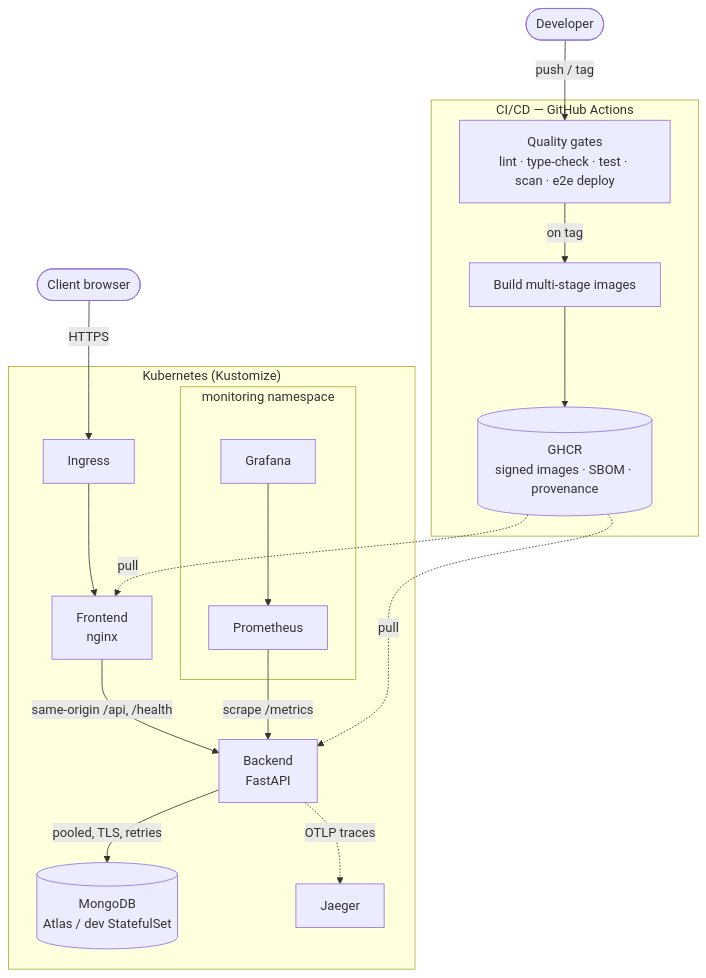
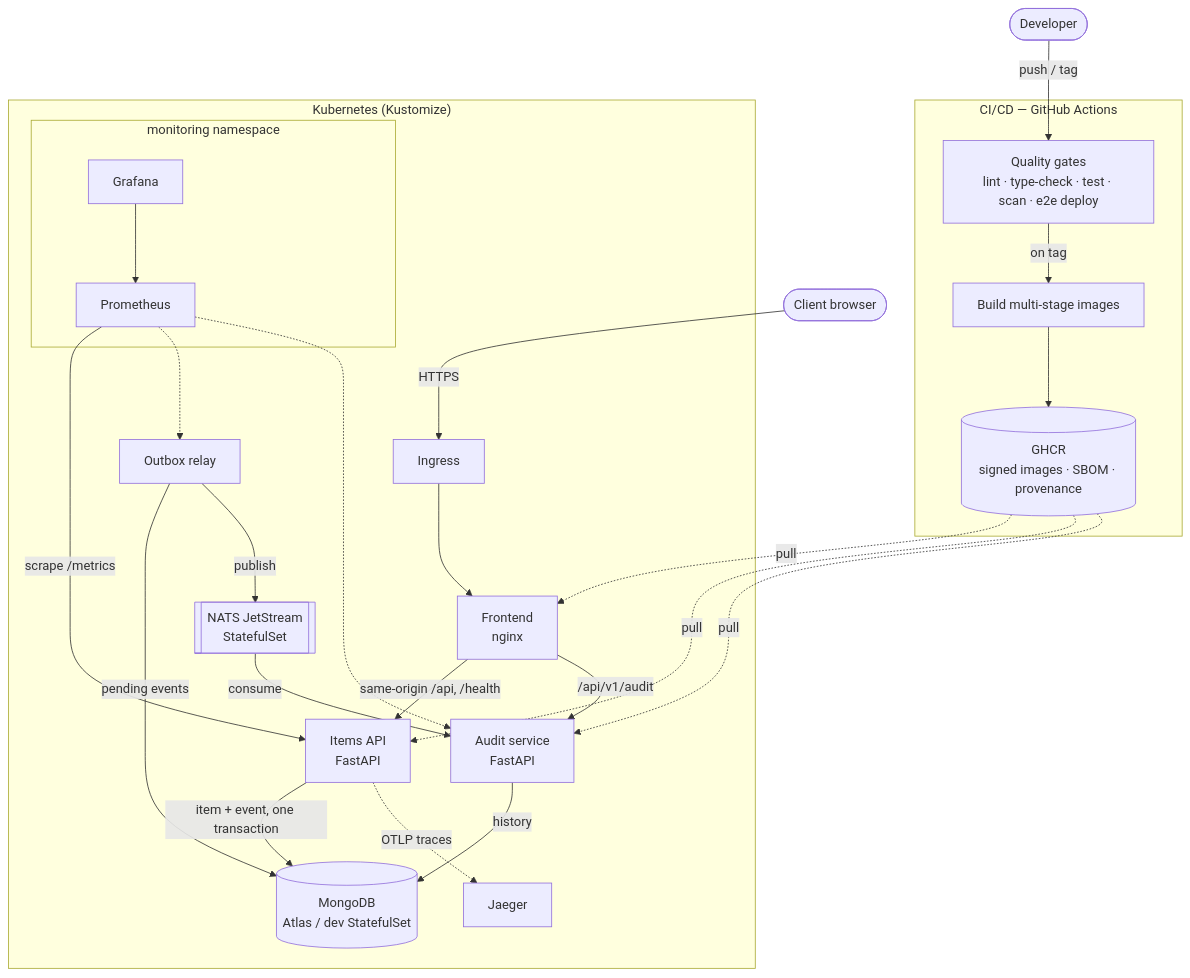
Before and after one commit to Carlosmarroquin20/Automated-Cloud-Architecture-for-MongoDB-Backed-Microservices: the second of 2 diagrams in README.md, drawn with Mermaid. The commit also changed other lines of this file and 12 other files, not shown here.

````diff
--- a/README.md
+++ b/README.md
@@ -72,27 +99,35 @@
 ```mermaid
 flowchart TB
     dev(["Developer"]) -->|"push / tag"| gha
 
     subgraph cicd ["CI/CD — GitHub Actions"]
         gha["Quality gates<br/>lint · type-check · test · scan · e2e deploy"]
         gha -->|on tag| img["Build multi-stage images"]
         img --> ghcr[("GHCR<br/>signed images · SBOM · provenance")]
     end
 
     subgraph cluster ["Kubernetes (Kustomize)"]
         ing["Ingress"] --> fe["Frontend<br/>nginx"]
-        fe -->|"same-origin /api, /health"| be["Backend<br/>FastAPI"]
-        be -->|"pooled, TLS, retries"| db[("MongoDB<br/>Atlas / dev StatefulSet")]
+        fe -->|"same-origin /api, /health"| be["Items API<br/>FastAPI"]
+        fe -->|"/api/v1/audit"| au["Audit service<br/>FastAPI"]
+        be -->|"item + event, one transaction"| db[("MongoDB<br/>Atlas / dev StatefulSet")]
+        rl["Outbox relay"] -->|"pending events"| db
+        rl -->|publish| js[["NATS JetStream<br/>StatefulSet"]]
+        js -->|consume| au
+        au -->|history| db
 
         subgraph mon ["monitoring namespace"]
             prom["Prometheus"]
             graf["Grafana"] --> prom
         end
         prom -->|"scrape /metrics"| be
+        prom -.-> rl
+        prom -.-> au
         be -.->|"OTLP traces"| jae["Jaeger"]
     end
 
     user(["Client browser"]) -->|HTTPS| ing
     ghcr -.->|pull| fe
     ghcr -.->|pull| be
+    ghcr -.->|pull| au
 ```
````
